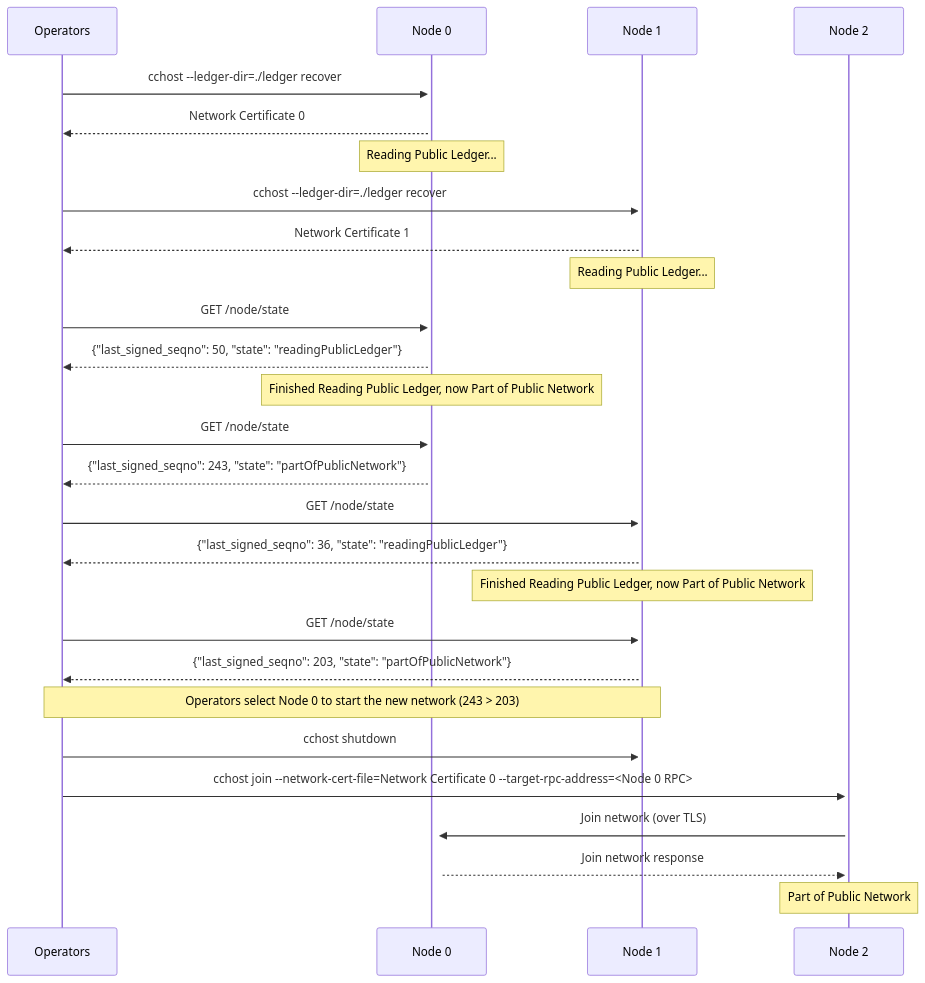
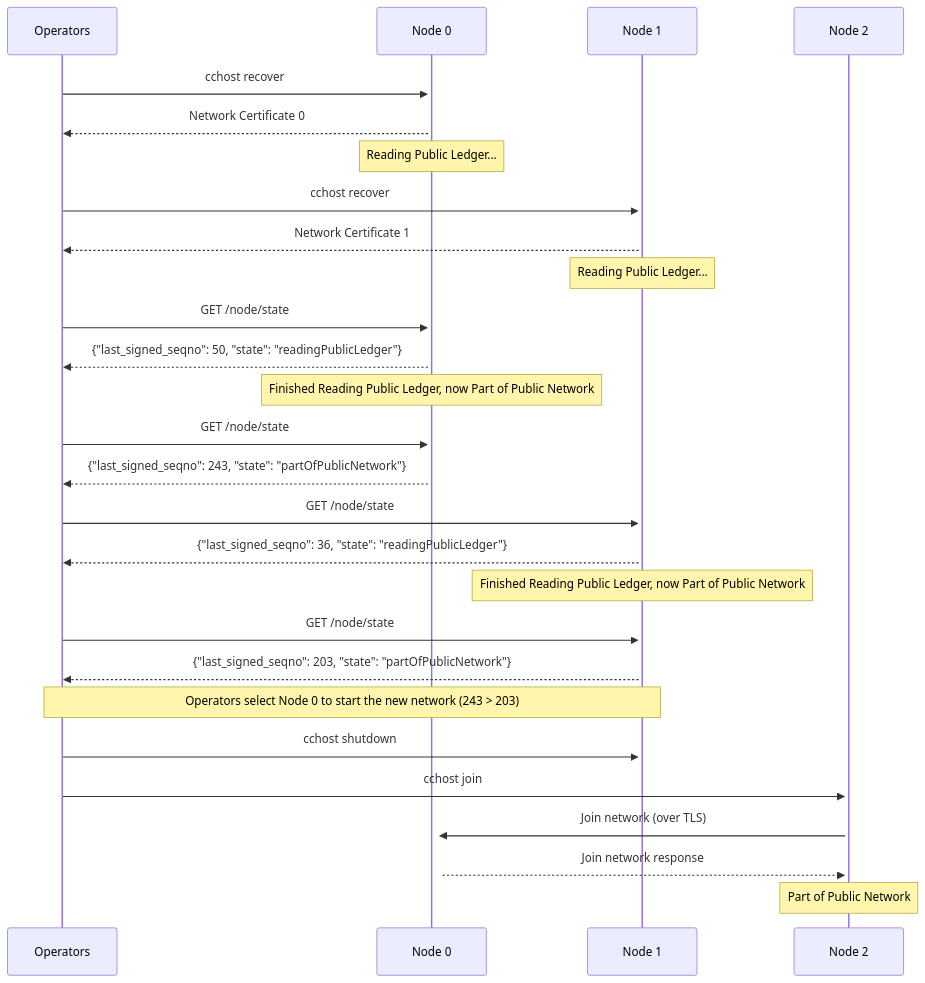
Before and after one commit to microsoft/CCF: the third of 3 diagrams in doc/operations/recovery.rst, drawn with Mermaid. The commit also changed other lines of this file and 10 other files, not shown here.

```diff
--- a/doc/operations/recovery.rst
+++ b/doc/operations/recovery.rst
@@ -71,36 +61,36 @@
 .. mermaid::
 
     sequenceDiagram
         participant Operators
         participant Node 0
         participant Node 1
         participant Node 2
 
-        Operators->>+Node 0: cchost --ledger-dir=./ledger recover
+        Operators->>+Node 0: cchost recover
         Node 0-->>Operators: Network Certificate 0
         Note over Node 0: Reading Public Ledger...
 
-        Operators->>+Node 1: cchost --ledger-dir=./ledger recover
+        Operators->>+Node 1: cchost recover
         Node 1-->>Operators: Network Certificate 1
         Note over Node 1: Reading Public Ledger...
 
         Operators->>+Node 0: GET /node/state
         Node 0-->>Operators: {"last_signed_seqno": 50, "state": "readingPublicLedger"}
         Note over Node 0: Finished Reading Public Ledger, now Part of Public Network
         Operators->>Node 0: GET /node/state
         Node 0-->>Operators: {"last_signed_seqno": 243, "state": "partOfPublicNetwork"}
 
         Operators->>+Node 1: GET /node/state
         Node 1-->>Operators: {"last_signed_seqno": 36, "state": "readingPublicLedger"}
         Note over Node 1: Finished Reading Public Ledger, now Part of Public Network
         Operators->>Node 1: GET /node/state
         Node 1-->>Operators: {"last_signed_seqno": 203, "state": "partOfPublicNetwork"}
 
         Note over Operators, Node 1: Operators select Node 0 to start the new network (243 > 203)
 
         Operators->>+Node 1: cchost shutdown
 
-        Operators->>+Node 2: cchost join --network-cert-file=Network Certificate 0 --target-rpc-address=<Node 0 RPC>
+        Operators->>+Node 2: cchost join
         Node 2->>+Node 0: Join network (over TLS)
         Node 0-->>Node 2: Join network response
         Note over Node 2: Part of Public Network
```
